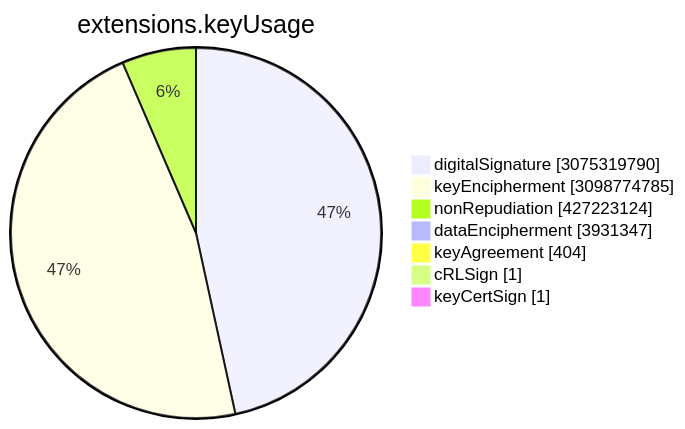
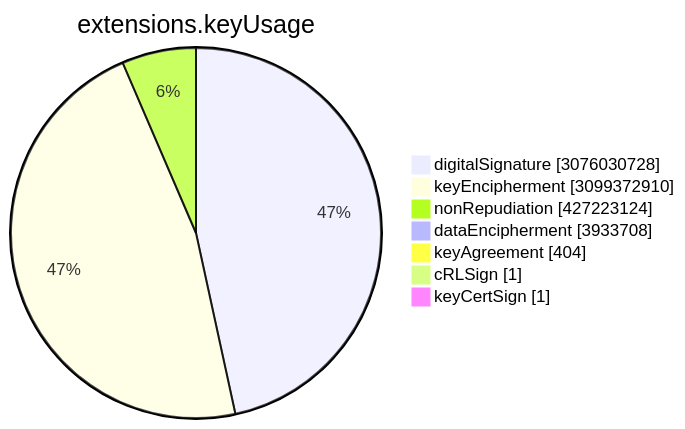
The sixth of 15 diagrams in TOTAL/README.md (christiankrug/ctmonitor_visualization), drawn with Mermaid before and after one commit. The commit also changed other lines of this file, not shown here.

````diff
--- a/TOTAL/README.md
+++ b/TOTAL/README.md
@@ -3077,11 +3077,11 @@
 ```mermaid
 pie showData
 title extensions.keyUsage
-"digitalSignature" :3075319790
-"keyEncipherment" :3098774785
+"digitalSignature" :3076030728
+"keyEncipherment" :3099372910
 "nonRepudiation" :427223124
-"dataEncipherment" :3931347
+"dataEncipherment" :3933708
 "keyAgreement" :404
 "cRLSign" :1
 "keyCertSign" :1
 ```
````
